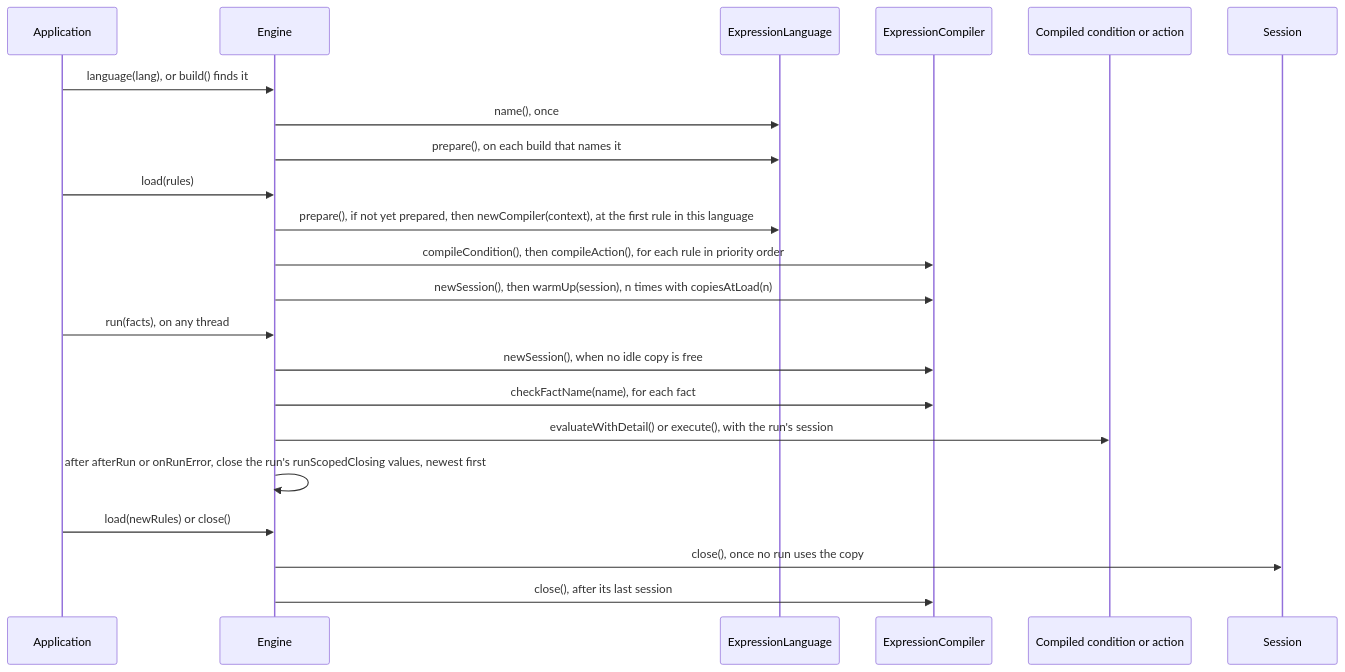
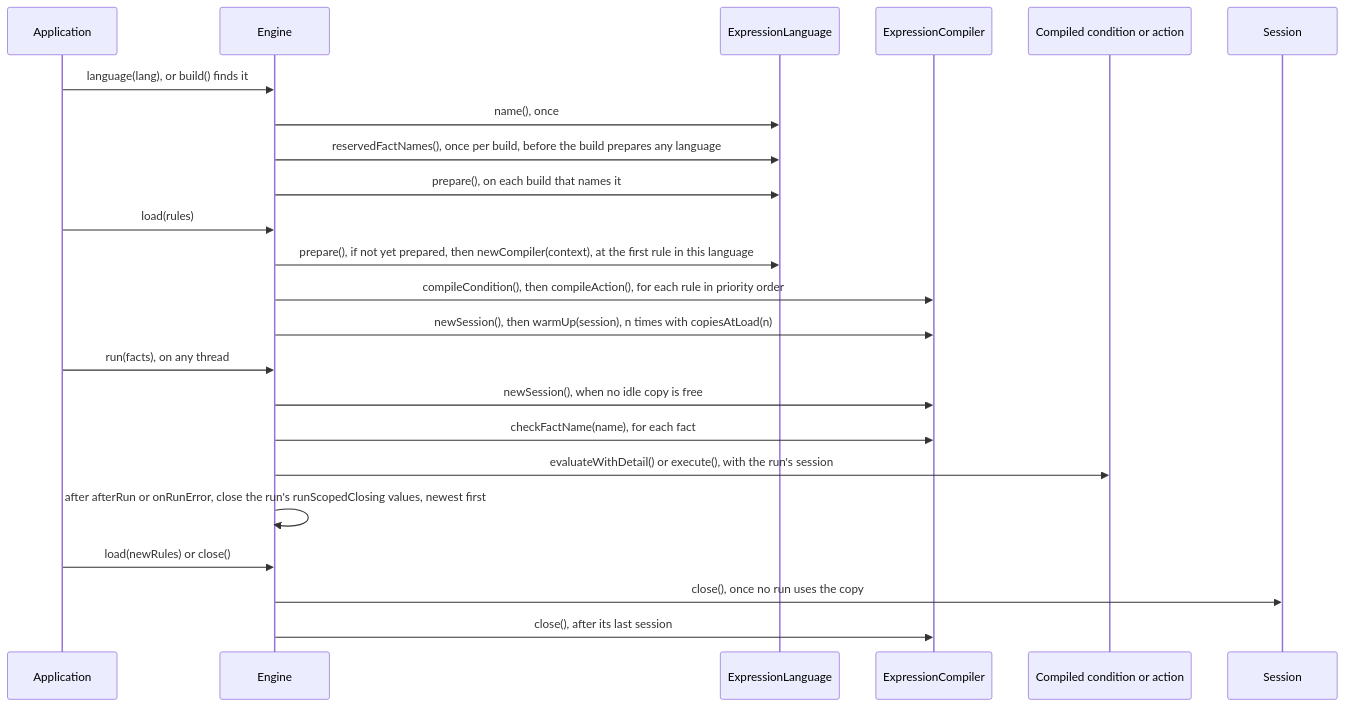
One commit to brantunger/unruly-engine changed the diagram in docs/languages/custom.md. Above: the diagram before and after it, drawn with Mermaid. The commit also changed other lines of this file and 51 other files, not shown here.

Commit message:
feat: let each expression language reserve its own fact names (#1006)

````diff
--- a/docs/languages/custom.md
+++ b/docs/languages/custom.md
@@ -36,24 +36,25 @@
 ```mermaid
 sequenceDiagram
     participant App as Application
     participant Engine
     participant Lang as ExpressionLanguage
     participant Comp as ExpressionCompiler
     participant Expr as Compiled condition or action
     participant Sess as Session
     App->>Engine: language(lang), or build() finds it
     Engine->>Lang: name(), once
+    Engine->>Lang: reservedFactNames(), once per build, before the build prepares any language
     Engine->>Lang: prepare(), on each build that names it
     App->>Engine: load(rules)
     Engine->>Lang: prepare(), if not yet prepared, then newCompiler(context), at the first rule in this language
     Engine->>Comp: compileCondition(), then compileAction(), for each rule in priority order
     Engine->>Comp: newSession(), then warmUp(session), n times with copiesAtLoad(n)
     App->>Engine: run(facts), on any thread
     Engine->>Comp: newSession(), when no idle copy is free
     Engine->>Comp: checkFactName(name), for each fact
     Engine->>Expr: evaluateWithDetail() or execute(), with the run's session
     Engine->>Engine: after afterRun or onRunError, close the run's runScopedClosing values, newest first
     App->>Engine: load(newRules) or close()
     Engine->>Sess: close(), once no run uses the copy
     Engine->>Comp: close(), after its last session
 ```
````
